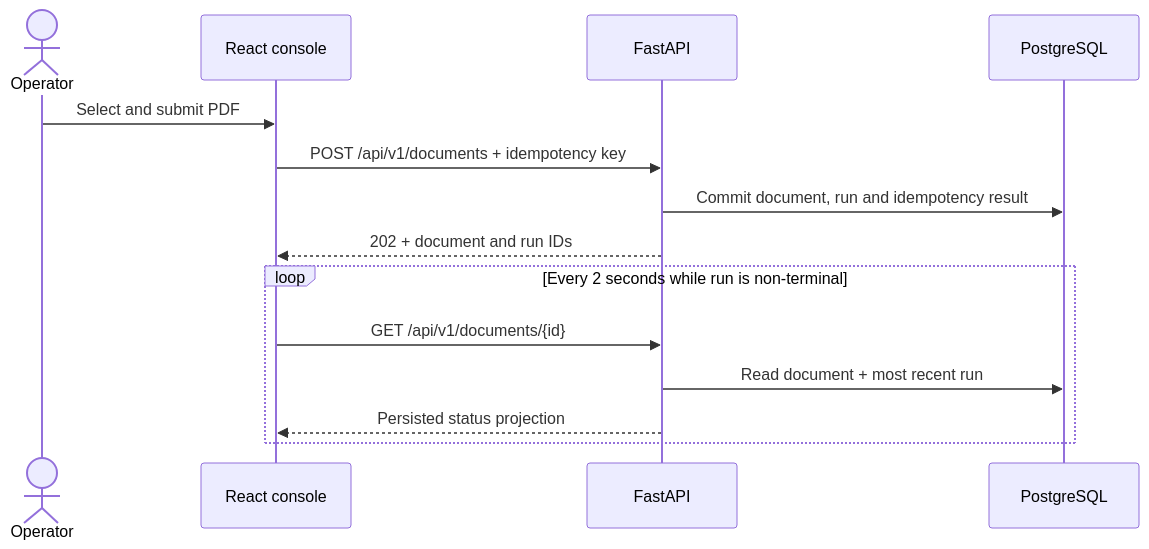
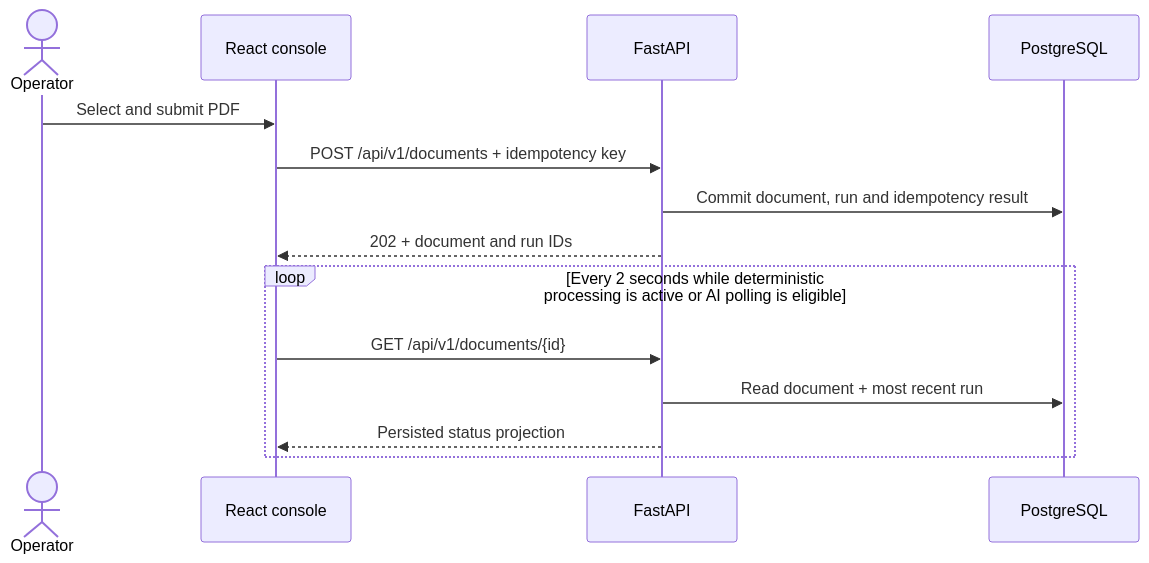
One commit to PietroRussoD/ai-document-processing-platform changed the eighth of 16 diagrams in docs/architecture.md. Above: the diagram before and after it, drawn with Mermaid. The commit also changed other lines of this file and 6 other files, not shown here.

````diff
--- a/docs/architecture.md
+++ b/docs/architecture.md
@@ -433,16 +433,16 @@
 ```mermaid
 sequenceDiagram
     actor Operator
     participant UI as React console
     participant API as FastAPI
     participant DB as PostgreSQL
     Operator->>UI: Select and submit PDF
     UI->>API: POST /api/v1/documents + idempotency key
     API->>DB: Commit document, run and idempotency result
     API-->>UI: 202 + document and run IDs
-    loop Every 2 seconds while run is non-terminal
+    loop Every 2 seconds while deterministic processing is active or AI polling is eligible
         UI->>API: GET /api/v1/documents/{id}
         API->>DB: Read document + most recent run
         API-->>UI: Persisted status projection
     end
 ```
````
